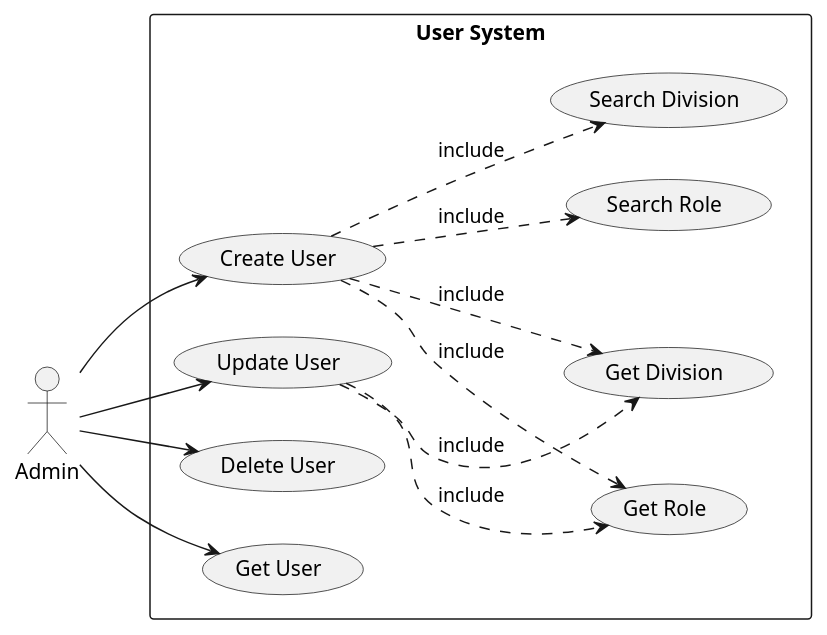
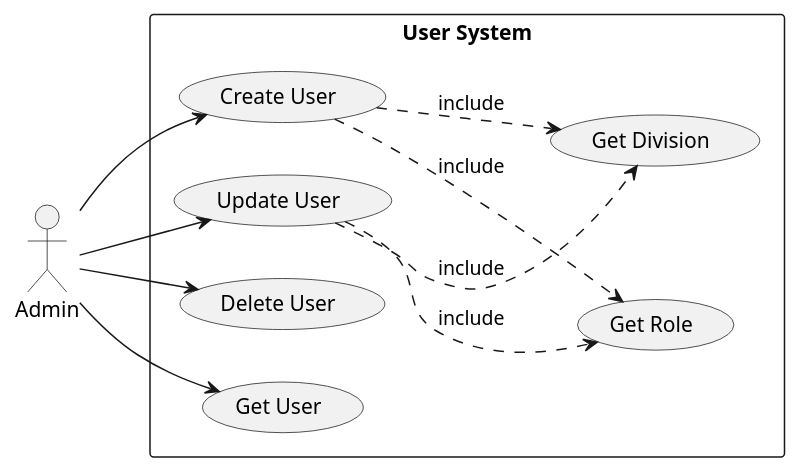
One commit to fwidjaya20/fazzlearning-uml changed the diagram in UseCase/Release01/UserSubSystem.wsd. Above: the diagram before and after it, drawn with PlantUML.

Commit message:
fix(usecase): remove unused usecase on User System R1

```diff
--- a/UseCase/Release01/UserSubSystem.wsd
+++ b/UseCase/Release01/UserSubSystem.wsd
@@ -1,26 +1,24 @@
 @startuml UserSubSystem
 
 left to right direction
 
 skinparam Monochrome true
 skinparam Shadowing false
 skinparam packageStyle rectangle
 
 actor Admin
 
 rectangle "User System" {
     Admin --> (Create User)
     Admin --> (Update User)
     Admin --> (Delete User)
     Admin --> (Get User)
 
     (Create User) ..> (Get Role) : include
     (Create User) ..> (Get Division) : include
-    (Create User) ..> (Search Role) : include
-    (Create User) ..> (Search Division) : include
 
     (Update User) ..> (Get Role) : include
     (Update User) ..> (Get Division) : include
 }
 
 @enduml
```
